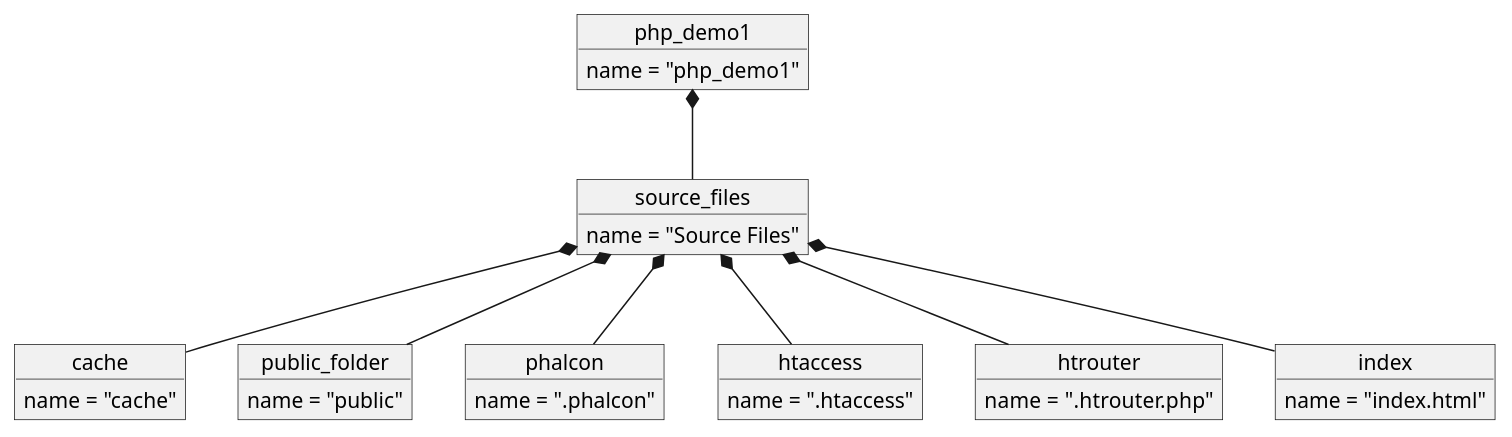
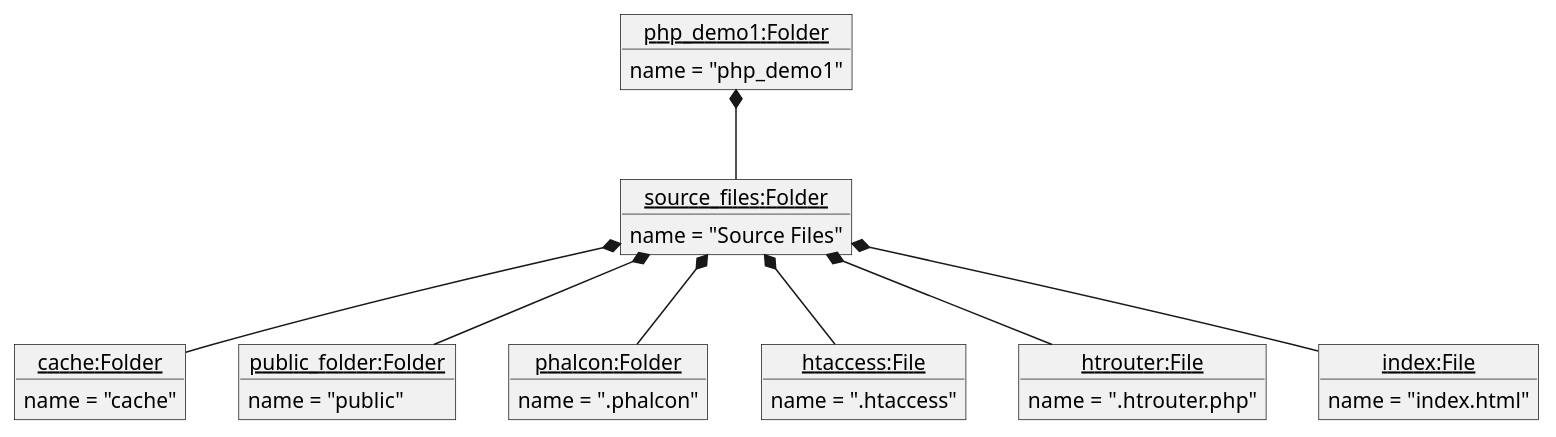
The diagram in Composition_Object.puml (Oxalate2/CS4800_HW3_UML), drawn with PlantUML before and after one commit.

```diff
--- a/Composition_Object.puml
+++ b/Composition_Object.puml
@@ -1,29 +1,35 @@
 @startuml
 
-object php_demo1
-object source_files
-object cache
-object public_folder
-object phalcon
-object htaccess
-object htrouter
-object index
-
-php_demo1 : name = "php_demo1"
-source_files : name = "Source Files"
-cache : name = "cache"
-public_folder : name = "public"
-phalcon : name = ".phalcon"
-htaccess : name = ".htaccess"
-htrouter : name = ".htrouter.php"
-index : name = "index.html"
-
-php_demo1 *-- source_files
-source_files *-- phalcon
-source_files *-- cache
-source_files *-- public_folder
-source_files *-- htaccess
-source_files *-- htrouter
-source_files *-- index
+object "<u>php_demo1:Folder</u>" as demo1 {
+    name = "php_demo1"
+}
+object "<u>source_files:Folder</u>" as src {
+    name = "Source Files"
+}
+object "<u>cache:Folder</u>" as cache {
+    name = "cache"
+}
+object "<u>public_folder:Folder</u>" as public {
+    name = "public"
+}
+object "<u>phalcon:Folder</u>" as phal {
+    name = ".phalcon"
+}
+object "<u>htaccess:File</u>" as htac {
+    name = ".htaccess"
+}
+object "<u>htrouter:File</u>" as htr {
+    name = ".htrouter.php"
+}
+object "<u>index:File</u>" as idx {
+    name = "index.html"
+}
+demo1 *-- src
+src *-- phal
+src *-- cache
+src *-- public
+src *-- htac
+src *-- htr
+src *-- idx
 
 @enduml
```
